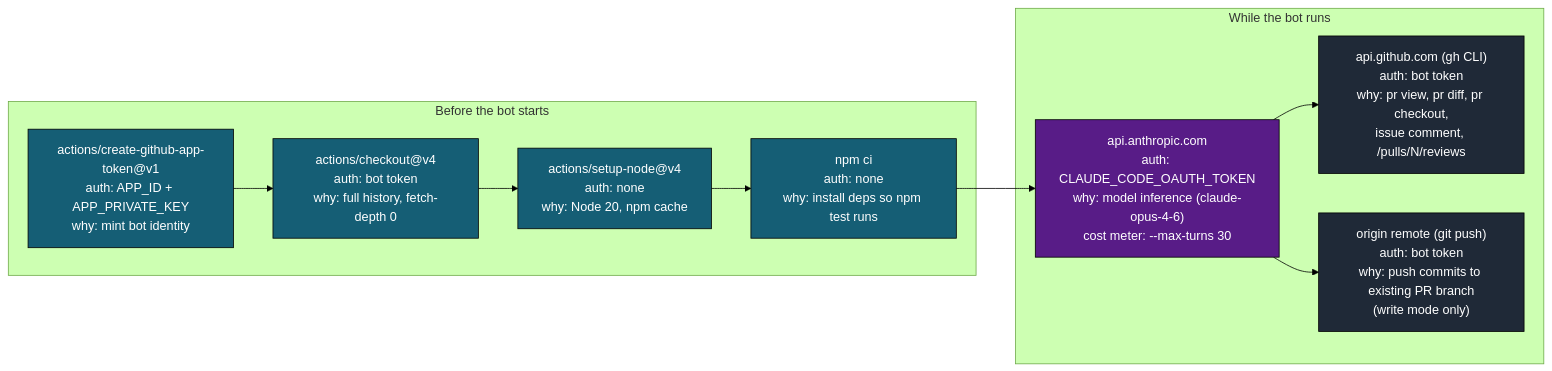
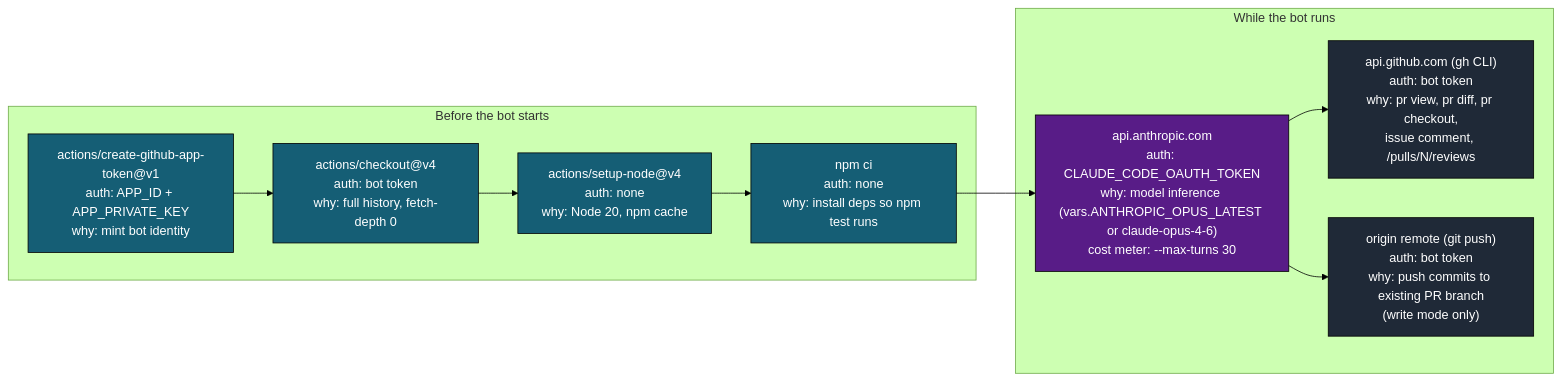
The eighth of 13 diagrams in .github/docs/BOT_RESPOND_DEEP_DIVE.md (gregreindel/llm-exe), drawn with Mermaid (forest theme) before and after one commit. The commit also changed other lines of this file and 7 other files, not shown here.

````diff
--- a/.github/docs/BOT_RESPOND_DEEP_DIVE.md
+++ b/.github/docs/BOT_RESPOND_DEEP_DIVE.md
@@ -357,23 +357,23 @@
 ```mermaid
 flowchart LR
     classDef pre fill:#155e75,color:#fff,stroke:#000
     classDef llm fill:#581c87,color:#fff,stroke:#000
     classDef gh fill:#1f2937,color:#fff,stroke:#000
 
     subgraph Pre["Before the bot starts"]
         c1["actions/create-github-app-token@v1\nauth: APP_ID + APP_PRIVATE_KEY\nwhy: mint bot identity"]:::pre
         c2["actions/checkout@v4\nauth: bot token\nwhy: full history, fetch-depth 0"]:::pre
         c3["actions/setup-node@v4\nauth: none\nwhy: Node 20, npm cache"]:::pre
         c4["npm ci\nauth: none\nwhy: install deps so npm test runs"]:::pre
     end
 
     subgraph During["While the bot runs"]
-        d1["api.anthropic.com\nauth: CLAUDE_CODE_OAUTH_TOKEN\nwhy: model inference (claude-opus-4-6)\ncost meter: --max-turns 30"]:::llm
+        d1["api.anthropic.com\nauth: CLAUDE_CODE_OAUTH_TOKEN\nwhy: model inference (vars.ANTHROPIC_OPUS_LATEST or claude-opus-4-6)\ncost meter: --max-turns 30"]:::llm
         d2["api.github.com (gh CLI)\nauth: bot token\nwhy: pr view, pr diff, pr checkout,\nissue comment, /pulls/N/reviews"]:::gh
         d3["origin remote (git push)\nauth: bot token\nwhy: push commits to existing PR branch\n(write mode only)"]:::gh
     end
 
     c1 --> c2 --> c3 --> c4 --> d1
     d1 --> d2
     d1 --> d3
 ```
````
